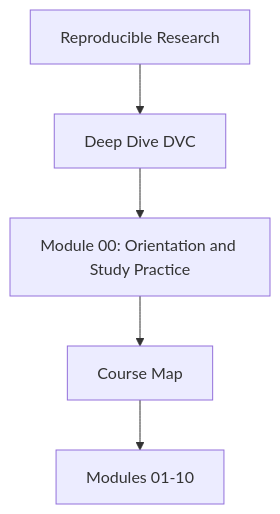
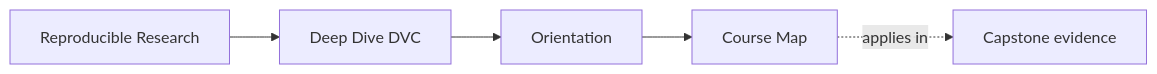
One commit to bijux/bijux-masterclass changed the first of 2 diagrams in programs/reproducible-research/deep-dive-dvc/course-book/module-00-orientation/course-map.md. Above: the diagram before and after it, drawn with Mermaid. The commit also changed other lines of this file and 55 other files, not shown here.

Commit message:
docs(deep-dive-dvc): map reproducibility and pipeline foundations

````diff
--- a/programs/reproducible-research/deep-dive-dvc/course-book/module-00-orientation/course-map.md
+++ b/programs/reproducible-research/deep-dive-dvc/course-book/module-00-orientation/course-map.md
@@ -6,7 +6,11 @@
 ```mermaid
-flowchart TD
-  family["Reproducible Research"] --> program["Deep Dive DVC"]
-  program --> module["Module 00: Orientation and Study Practice"]
-  module --> concept["Course Map"]
-  concept --> modules["Modules 01-10"]
+graph LR
+  family["Reproducible Research"]
+  program["Deep Dive DVC"]
+  section["Orientation"]
+  page["Course Map"]
+  capstone["Capstone evidence"]
+
+  family --> program --> section --> page
+  page -.applies in.-> capstone
 ```
````
